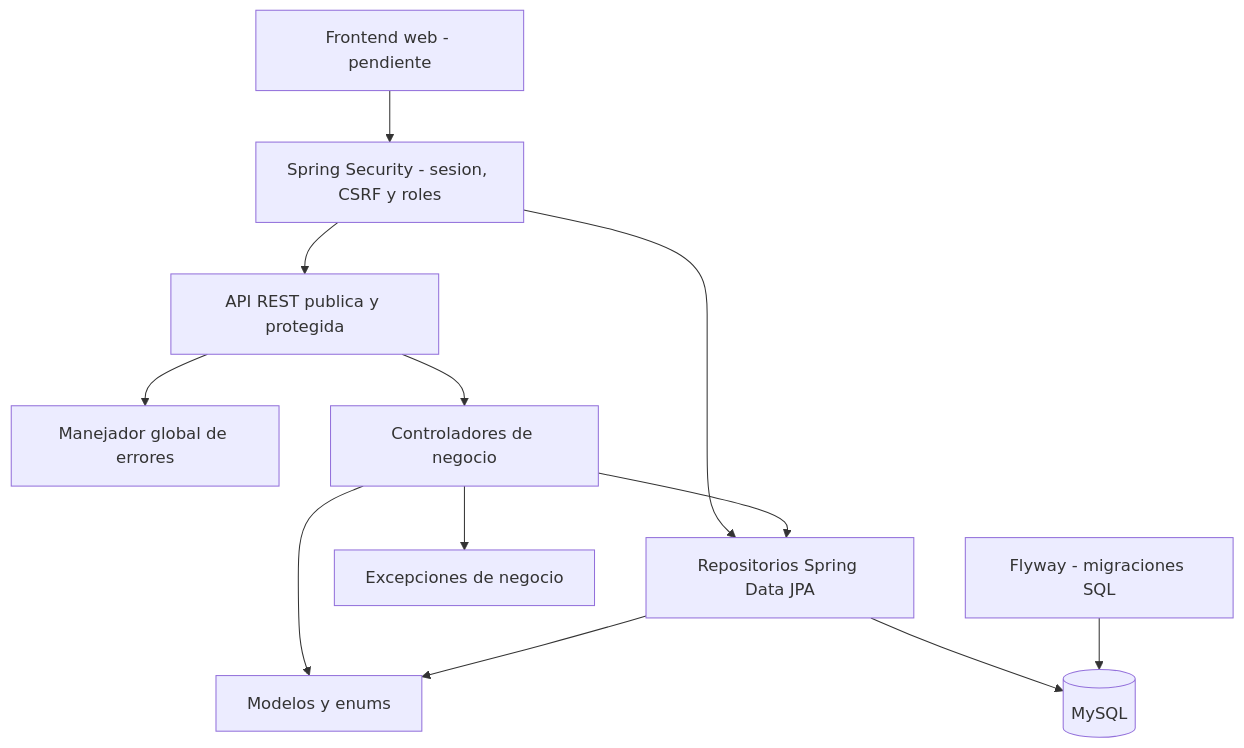
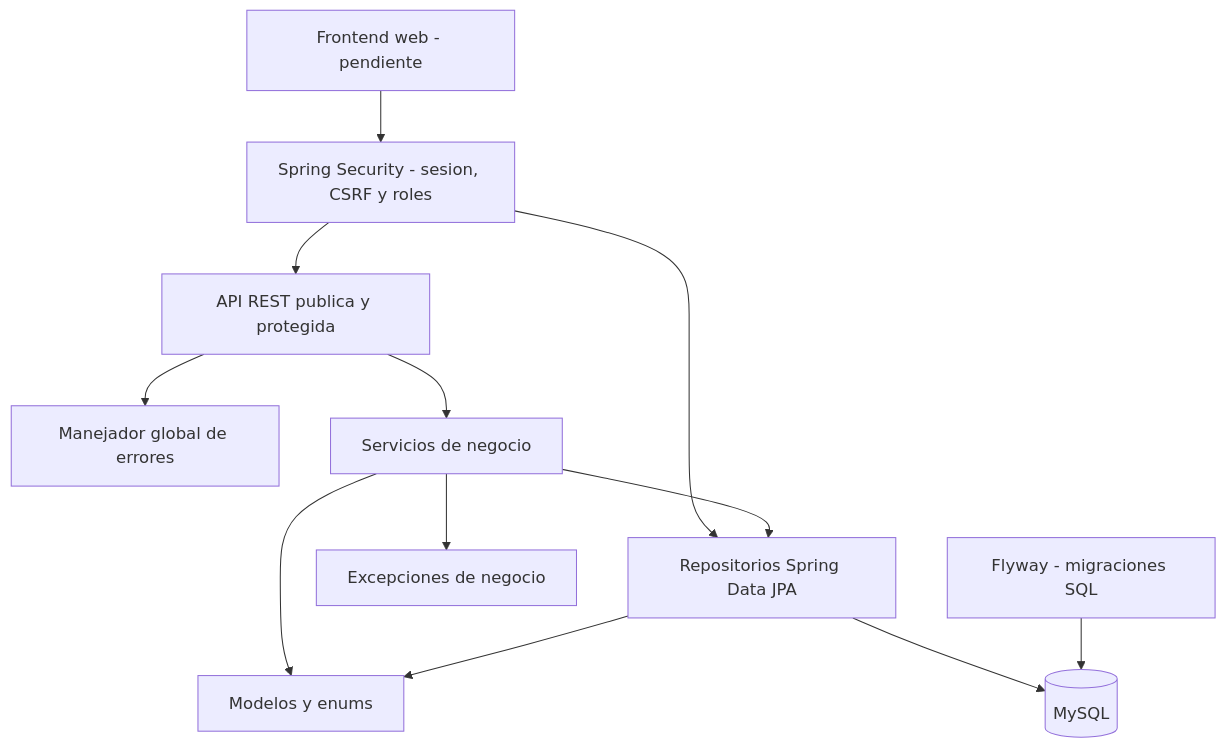
The first of 3 diagrams in docs/uml-tijetravel.md (migmik/TPPrograII), drawn with Mermaid before and after one commit. The commit also changed other lines of this file and 62 other files, not shown here.

````diff
--- a/docs/uml-tijetravel.md
+++ b/docs/uml-tijetravel.md
@@ -11,25 +11,25 @@
 ```mermaid
 flowchart TB
     WEB[Frontend web - pendiente]
     SEC[Spring Security - sesion, CSRF y roles]
     API[API REST publica y protegida]
     APIERR[Manejador global de errores]
-    CTRL[Controladores de negocio]
+    CTRL[Servicios de negocio]
     REPO[Repositorios Spring Data JPA]
     MODEL[Modelos y enums]
     ERR[Excepciones de negocio]
     MIG[Flyway - migraciones SQL]
     DB[(MySQL)]
 
     WEB --> SEC
     SEC --> API
     SEC --> REPO
     API --> CTRL
     API --> APIERR
     CTRL --> REPO
     CTRL --> MODEL
     CTRL --> ERR
     REPO --> MODEL
     REPO --> DB
     MIG --> DB
 ```
````
